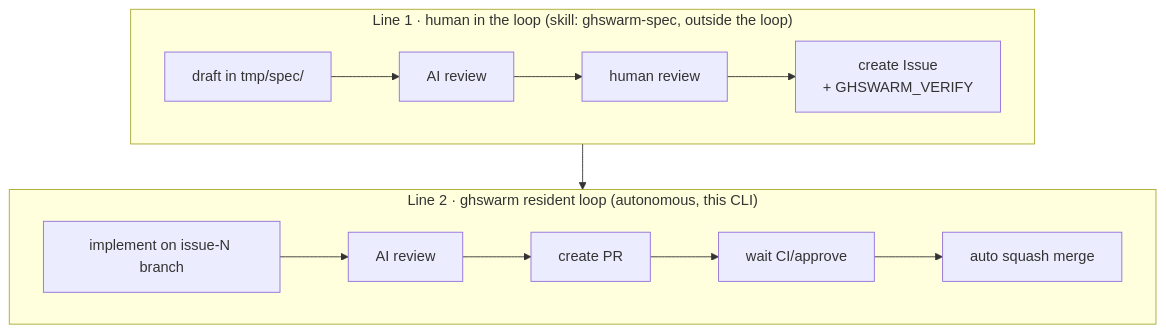
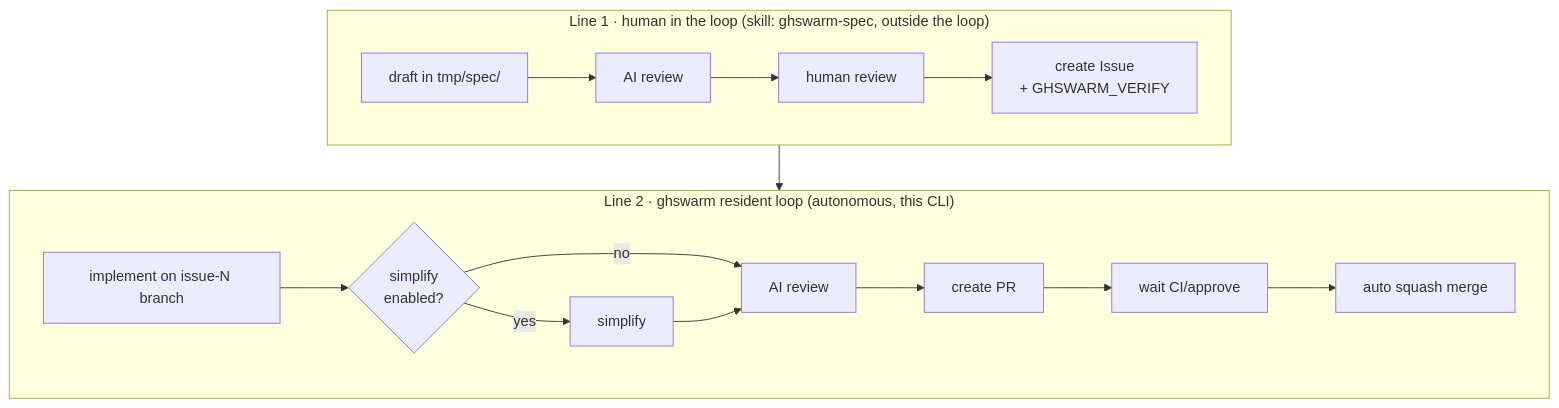
Before and after one commit to toyama0919/ghswarm: the first of 2 diagrams in README.md, drawn with Mermaid. The commit also changed other lines of this file and 7 other files, not shown here.

First line of the commit message:
Add an optional simplify phase between implement and ai_review (#19) (#20)

````diff
--- a/README.md
+++ b/README.md
@@ -17,12 +17,16 @@
 ```mermaid
 flowchart TB
   subgraph L1["Line 1 · human in the loop (skill: ghswarm-spec, outside the loop)"]
     direction LR
     A1[draft in tmp/spec/] --> A2[AI review] --> A3[human review] --> A4[create Issue<br/>+ GHSWARM_VERIFY]
   end
   subgraph L2["Line 2 · ghswarm resident loop (autonomous, this CLI)"]
     direction LR
-    B1[implement on issue-N branch] --> B2[AI review] --> B3[create PR] --> B4[wait CI/approve] --> B5[auto squash merge]
+    B1[implement on issue-N branch] --> B1a{simplify<br/>enabled?}
+    B1a -->|yes| B1b[simplify]
+    B1a -->|no| B2[AI review]
+    B1b --> B2
+    B2 --> B3[create PR] --> B4[wait CI/approve] --> B5[auto squash merge]
   end
   L1 --> L2
 ```
````
